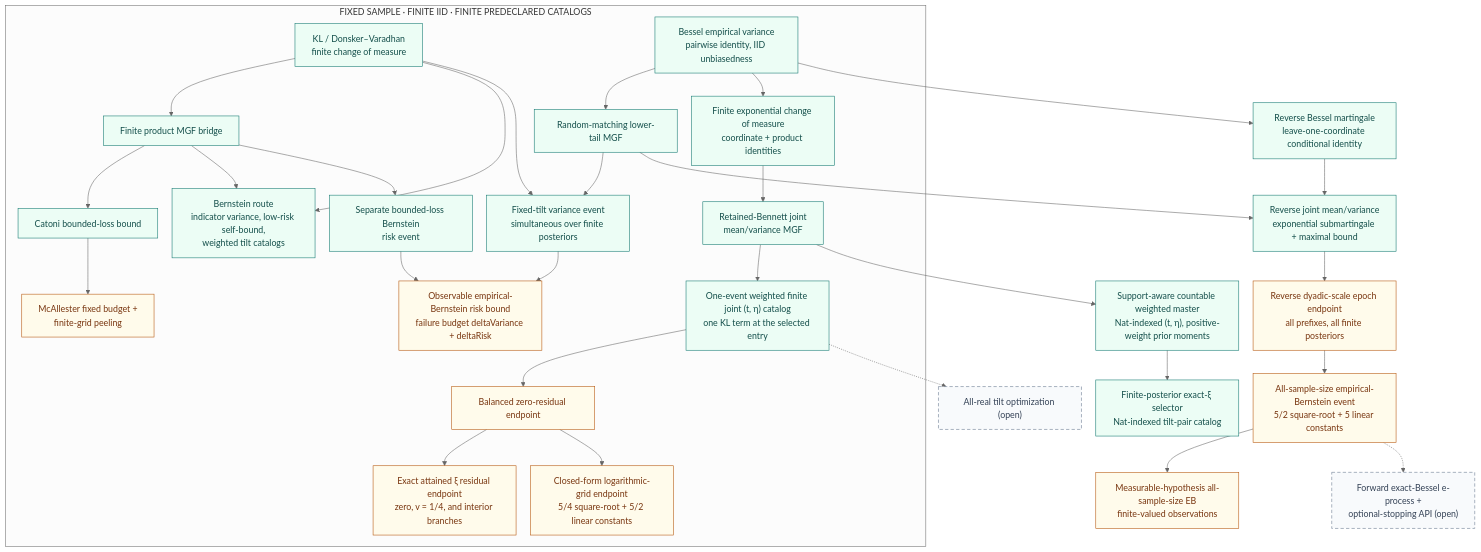
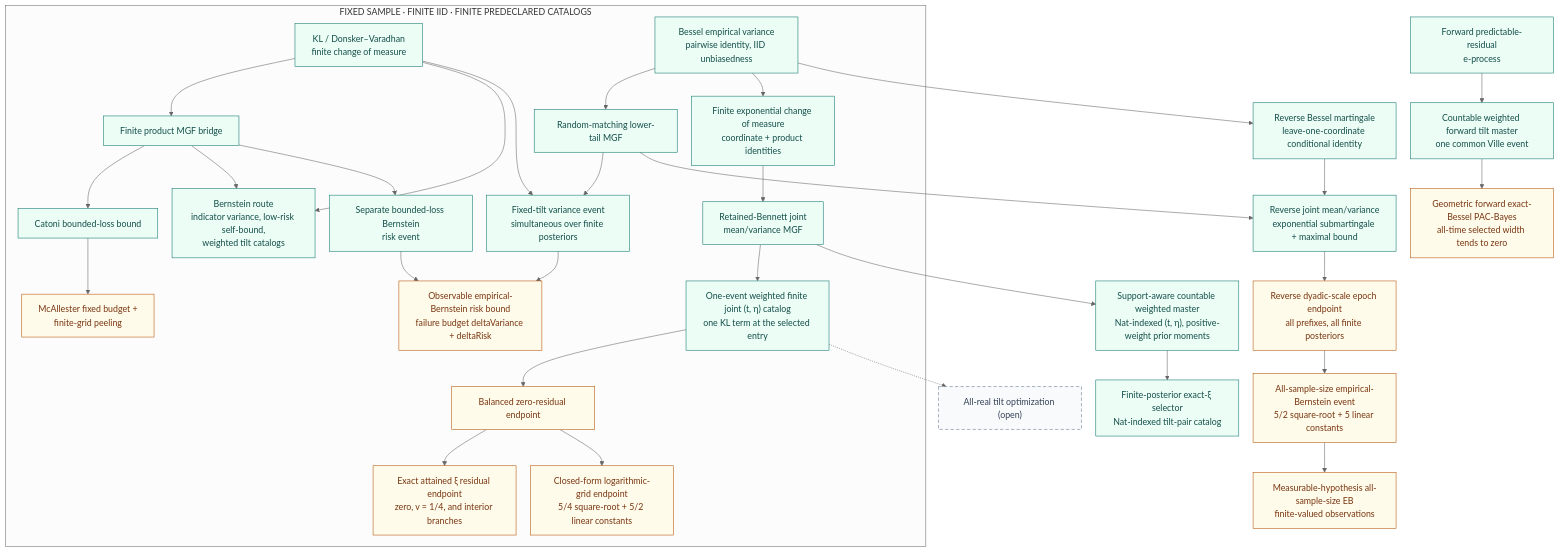
One commit to Robby955/FormalSLT changed the third of 4 diagrams in docs/diagrams.md. Above: the diagram before and after it, drawn with Mermaid. The commit also changed other lines of this file and 17 other files, not shown here.

````diff
--- a/docs/diagrams.md
+++ b/docs/diagrams.md
@@ -124,66 +128,69 @@
 ```mermaid
 %%{init: {'theme': 'neutral', 'flowchart': {'rankSpacing': 42, 'nodeSpacing': 26}}}%%
 flowchart TD
     subgraph scope["FIXED SAMPLE &middot; FINITE IID &middot; FINITE PREDECLARED CATALOGS"]
         kl["KL / Donsker–Varadhan<br/>finite change of measure"]
         pmgf["Finite product MGF bridge"]
         catoni["Catoni bounded-loss bound"]
         mcallester["McAllester fixed budget +<br/>finite-grid peeling"]
         bern["Bernstein route<br/>indicator variance, low-risk self-bound,<br/>weighted tilt catalogs"]
         bessel["Bessel empirical variance<br/>pairwise identity, IID unbiasedness"]
         matching["Random-matching lower-tail MGF"]
         varevent["Fixed-tilt variance event<br/>simultaneous over finite posteriors"]
         riskevent["Separate bounded-loss Bernstein<br/>risk event"]
         ebrisk["Observable empirical-Bernstein risk bound<br/>failure budget deltaVariance + deltaRisk"]
         tilt["Finite exponential change of measure<br/>coordinate + product identities"]
         jointmgf["Retained-Bennett joint<br/>mean/variance MGF"]
         jointcat["One-event weighted finite joint (t, η) catalog<br/>one KL term at the selected entry"]
         zerores["Balanced zero-residual endpoint"]
         xires["Exact attained ξ residual endpoint<br/>zero, v = 1/4, and interior branches"]
         sqrtbound["Closed-form logarithmic-grid endpoint<br/>5/4 square-root + 5/2 linear constants"]
     end
     countablemaster["Support-aware countable weighted master<br/>Nat-indexed (t, η), positive-weight prior moments"]
     countableposterior["Finite-posterior exact-ξ selector<br/>Nat-indexed tilt-pair catalog"]
     reversebessel["Reverse Bessel martingale<br/>leave-one-coordinate conditional identity"]
     reversejoint["Reverse joint mean/variance<br/>exponential submartingale + maximal bound"]
     reversegrid["Reverse dyadic-scale epoch endpoint<br/>all prefixes, all finite posteriors"]
     stitched["All-sample-size empirical-Bernstein event<br/>5/2 square-root + 5 linear constants"]
     allreal["All-real tilt optimization (open)"]
     continuousEB["Measurable-hypothesis all-sample-size EB<br/>finite-valued observations"]
-    forwardEB["Forward exact-Bessel e-process +<br/>optional-stopping API (open)"]
+    forwardres["Forward predictable-residual<br/>e-process"]
+    forwardmaster["Countable weighted forward tilt master<br/>one common Ville event"]
+    forwardEB["Geometric forward exact-Bessel PAC-Bayes<br/>all-time selected width tends to zero"]
 
     kl --> pmgf
     pmgf --> catoni
     catoni --> mcallester
     kl --> bern
     pmgf --> bern
     bessel --> matching
     matching --> varevent
     kl --> varevent
     pmgf --> riskevent
     varevent --> ebrisk
     riskevent --> ebrisk
     bessel --> tilt
     tilt --> jointmgf
     jointmgf --> jointcat
     jointcat --> zerores
     zerores --> xires
     zerores --> sqrtbound
     jointmgf --> countablemaster
     countablemaster --> countableposterior
     bessel --> reversebessel
     matching --> reversejoint
     reversebessel --> reversejoint
     reversejoint --> reversegrid
     reversegrid --> stitched
     jointcat -.-> allreal
     stitched --> continuousEB
-    stitched -.-> forwardEB
+    forwardres --> forwardmaster
+    forwardmaster --> forwardEB
 
     classDef checked fill:#ecfdf5,stroke:#0f766e,color:#134e4a;
     classDef endpointNode fill:#fffbeb,stroke:#b45309,color:#78350f;
     classDef open fill:#f8fafc,stroke:#64748b,color:#334155,stroke-dasharray:6 4;
-    class kl,pmgf,catoni,bern,bessel,matching,varevent,riskevent,tilt,jointmgf,jointcat,countablemaster,countableposterior,reversebessel,reversejoint checked;
-    class mcallester,ebrisk,zerores,xires,sqrtbound,reversegrid,stitched,continuousEB endpointNode;
-    class allreal,forwardEB open;
+    class kl,pmgf,catoni,bern,bessel,matching,varevent,riskevent,tilt,jointmgf,jointcat,countablemaster,countableposterior,reversebessel,reversejoint,forwardres,forwardmaster checked;
+    class mcallester,ebrisk,zerores,xires,sqrtbound,reversegrid,stitched,continuousEB,forwardEB endpointNode;
+    class allreal open;
 ```
````
